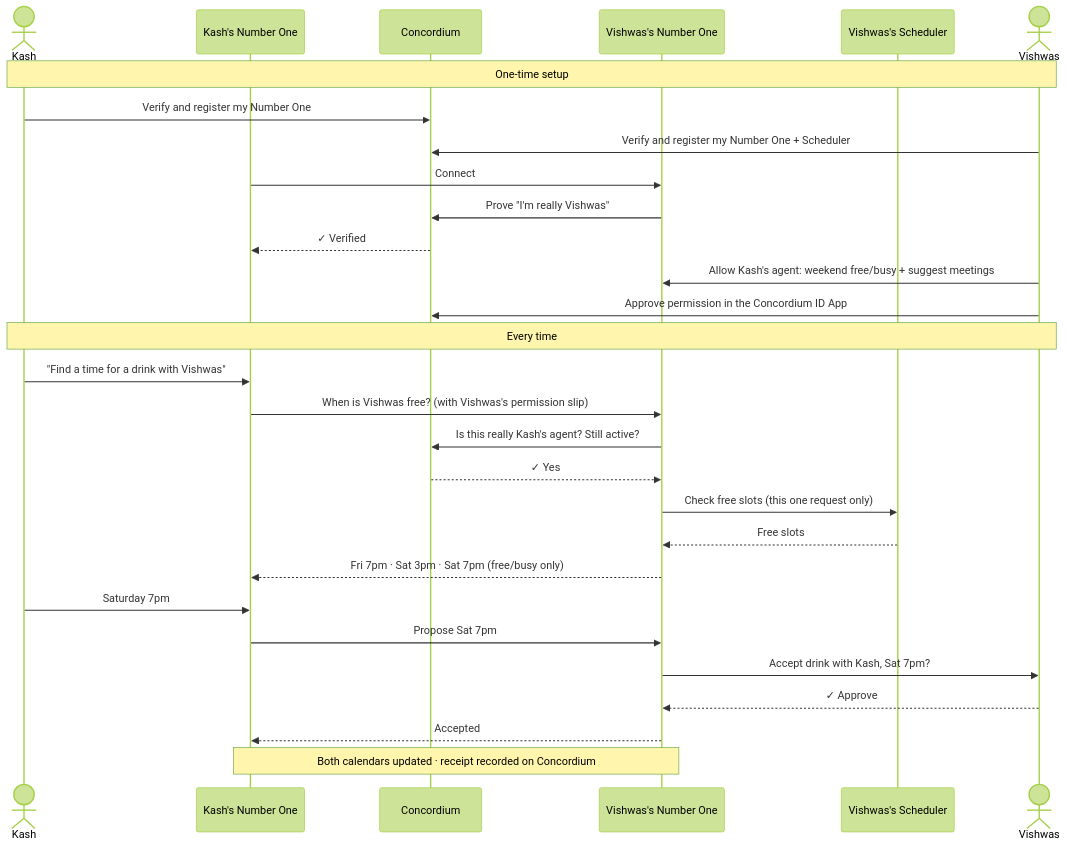
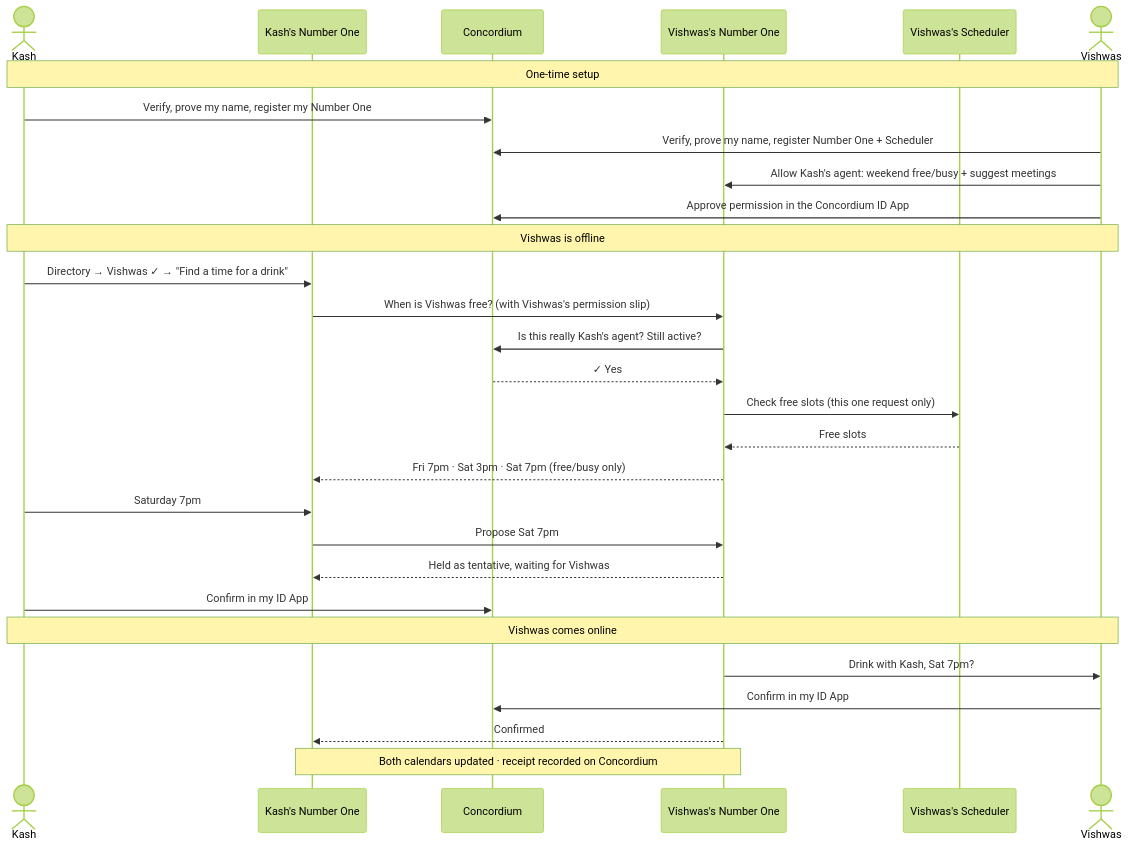
One commit to Vishwas1/number1-agent changed the first of 2 diagrams in business-overview.md. Above: the diagram before and after it, drawn with Mermaid (forest theme). The commit also changed other lines of this file, not shown here.

Commit message:
update business overview

````diff
--- a/business-overview.md
+++ b/business-overview.md
@@ -47,33 +49,34 @@
 ```mermaid
 sequenceDiagram
     actor K as Kash
     participant KN as Kash's Number One
     participant C as Concordium
     participant VN as Vishwas's Number One
     participant VS as Vishwas's Scheduler
     actor V as Vishwas
 
     Note over K,V: One-time setup
-    K->>C: Verify and register my Number One
-    V->>C: Verify and register my Number One + Scheduler
-    KN->>VN: Connect
-    VN->>C: Prove "I'm really Vishwas"
-    C-->>KN: ✓ Verified
+    K->>C: Verify, prove my name, register my Number One
+    V->>C: Verify, prove my name, register Number One + Scheduler
     V->>VN: Allow Kash's agent: weekend free/busy + suggest meetings
     V->>C: Approve permission in the Concordium ID App
 
-    Note over K,V: Every time
-    K->>KN: "Find a time for a drink with Vishwas"
+    Note over K,V: Vishwas is offline
+    K->>KN: Directory → Vishwas ✓ → "Find a time for a drink"
     KN->>VN: When is Vishwas free? (with Vishwas's permission slip)
     VN->>C: Is this really Kash's agent? Still active?
     C-->>VN: ✓ Yes
     VN->>VS: Check free slots (this one request only)
     VS-->>VN: Free slots
     VN-->>KN: Fri 7pm · Sat 3pm · Sat 7pm (free/busy only)
     K->>KN: Saturday 7pm
     KN->>VN: Propose Sat 7pm
-    VN->>V: Accept drink with Kash, Sat 7pm?
-    V-->>VN: ✓ Approve
-    VN-->>KN: Accepted
+    VN-->>KN: Held as tentative, waiting for Vishwas
+    K->>C: Confirm in my ID App
+
+    Note over K,V: Vishwas comes online
+    VN->>V: Drink with Kash, Sat 7pm?
+    V->>C: Confirm in my ID App
+    VN-->>KN: Confirmed
     Note over KN,VN: Both calendars updated · receipt recorded on Concordium
 ```
````
